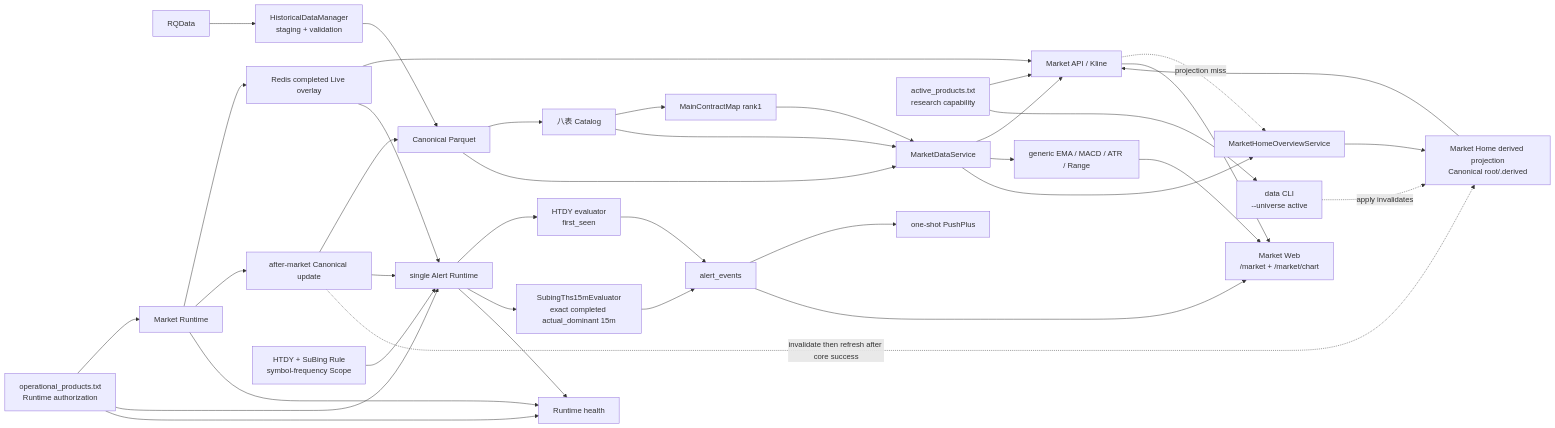
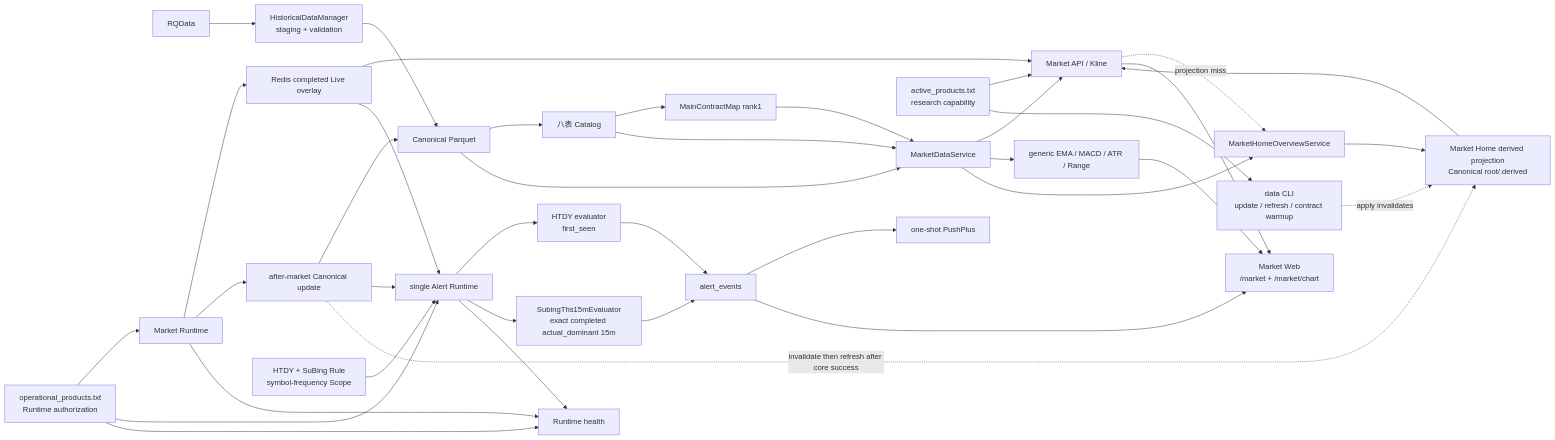
Before and after one commit to firehell/guiyi-quant-workstation: the diagram in docs/ARCHITECTURE.md, drawn with Mermaid. The commit also changed other lines of this file and 7 other files, not shown here.

Commit message:
docs: define physical contract warmup boundary

````diff
--- a/docs/ARCHITECTURE.md
+++ b/docs/ARCHITECTURE.md
@@ -7,43 +7,43 @@
 ```mermaid
 flowchart LR
   RQ[RQData] --> HDM[HistoricalDataManager<br/>staging + validation]
   HDM --> CP[Canonical Parquet]
   CP --> CAT[八表 Catalog]
   CAT --> MCM[MainContractMap rank1]
   CP --> MDS[MarketDataService]
   CAT --> MDS
   MCM --> MDS
 
   ACTIVE[active_products.txt<br/>research capability] --> MARKET[Market API / Kline]
-  ACTIVE --> DCLI[data CLI<br/>--universe active]
+  ACTIVE --> DCLI[data CLI<br/>update / refresh / contract warmup]
   MDS --> MARKET
   MDS --> IND[generic EMA / MACD / ATR / Range]
   MDS --> HOME[MarketHomeOverviewService]
   HOME --> PROJ[Market Home derived projection<br/>Canonical root/.derived]
   PROJ --> MARKET
   MARKET -. projection miss .-> HOME
   MARKET --> WEB[Market Web<br/>/market + /market/chart]
   IND --> WEB
 
   DCLI -. apply invalidates .-> PROJ
 
   OPS[operational_products.txt<br/>Runtime authorization] --> MR[Market Runtime]
   OPS --> AR[single Alert Runtime]
   OPS --> HEALTH[Runtime health]
   MR --> LIVE[Redis completed Live overlay]
   MR --> EOD[after-market Canonical update]
   MR --> HEALTH
   LIVE --> MARKET
   LIVE --> AR
   EOD --> CP
   EOD --> AR
   EOD -. invalidate then refresh after core success .-> PROJ
   RULE[HTDY + SuBing Rule<br/>symbol-frequency Scope] --> AR
   AR --> HE[HTDY evaluator<br/>first_seen]
   AR --> SE[SubingThs15mEvaluator<br/>exact completed actual_dominant 15m]
   HE --> EVENT[alert_events]
   SE --> EVENT
   AR --> HEALTH
   EVENT --> PUSH[one-shot PushPlus]
   EVENT --> WEB
 ```
````
